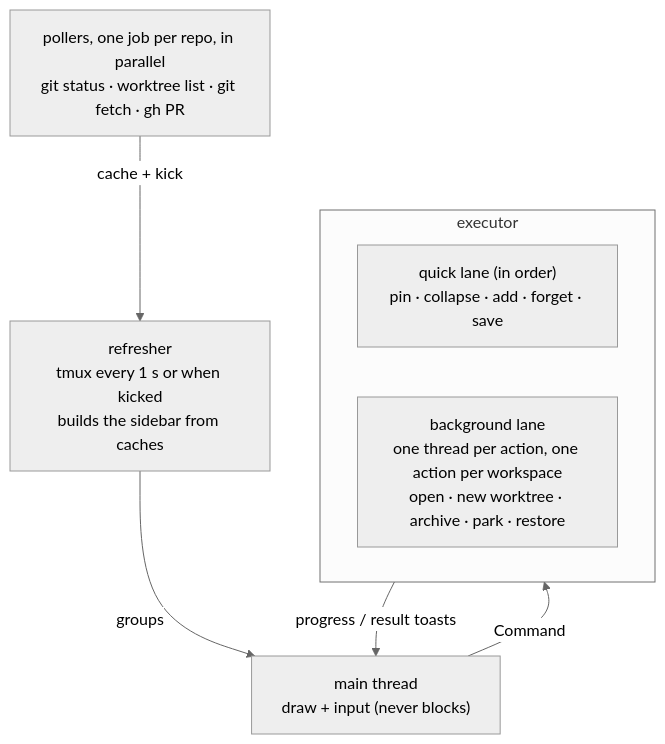
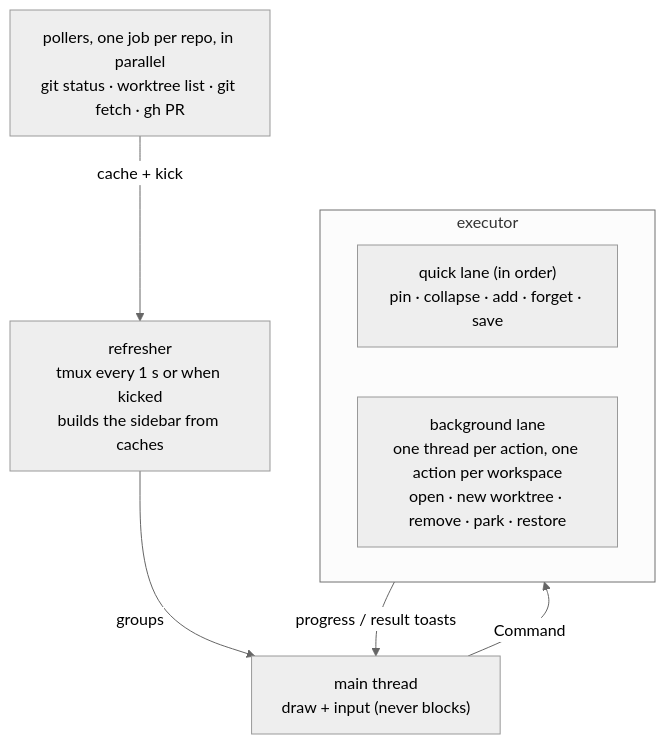
One commit to sean-d/the-deaner changed the second of 2 diagrams in docs/architecture.md. Above: the diagram before and after it, drawn with Mermaid (neutral theme). The commit also changed other lines of this file and 18 other files, not shown here.

````diff
--- a/docs/architecture.md
+++ b/docs/architecture.md
@@ -65,11 +65,11 @@
 ```mermaid
 flowchart TB
   main["main thread<br/>draw + input (never blocks)"] -- Command --> exec
   subgraph exec["executor"]
     quick["quick lane (in order)<br/>pin · collapse · add · forget · save"]
-    bg["background lane<br/>one thread per action, one action per workspace<br/>open · new worktree · archive · park · restore"]
+    bg["background lane<br/>one thread per action, one action per workspace<br/>open · new worktree · remove · park · restore"]
   end
   refresh["refresher<br/>tmux every 1 s or when kicked<br/>builds the sidebar from caches"] -- groups --> main
   pollers["pollers, one job per repo, in parallel<br/>git status · worktree list · git fetch · gh PR"] -- cache + kick --> refresh
   exec -- progress / result toasts --> main
 ```
````
